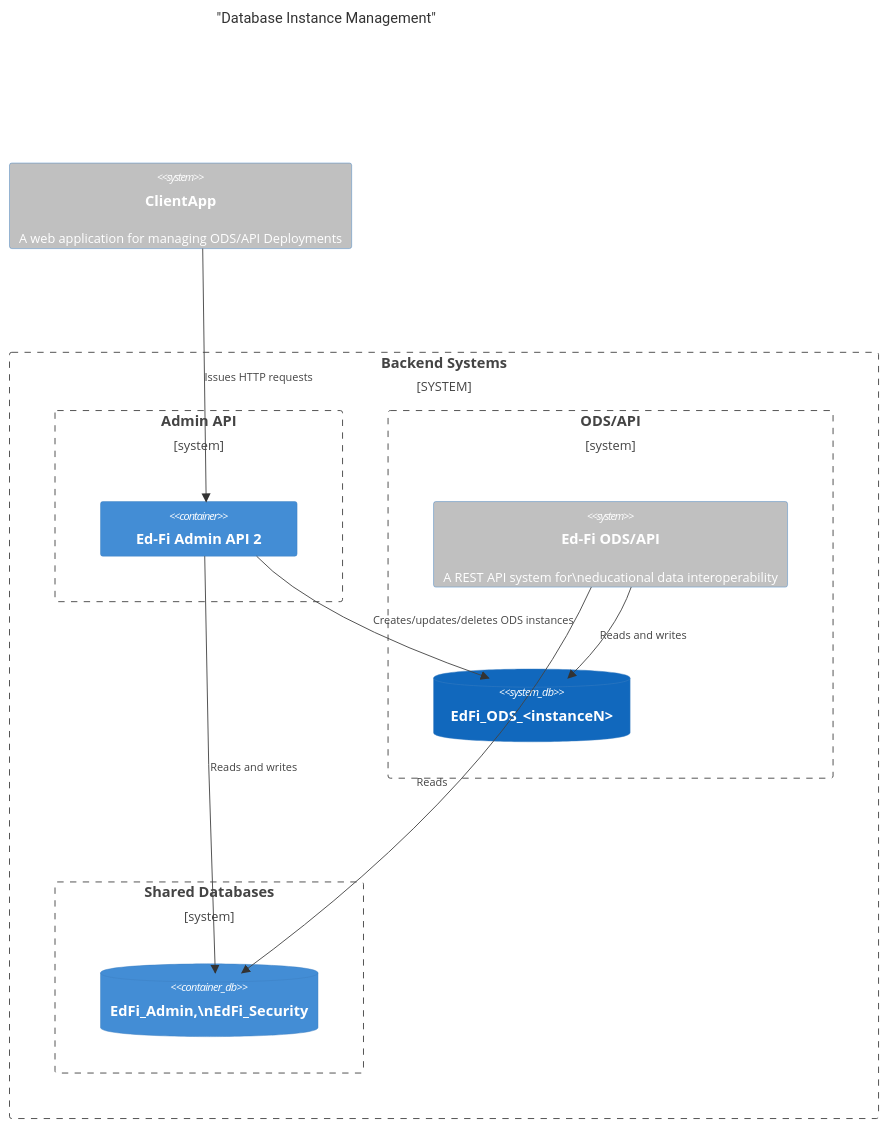
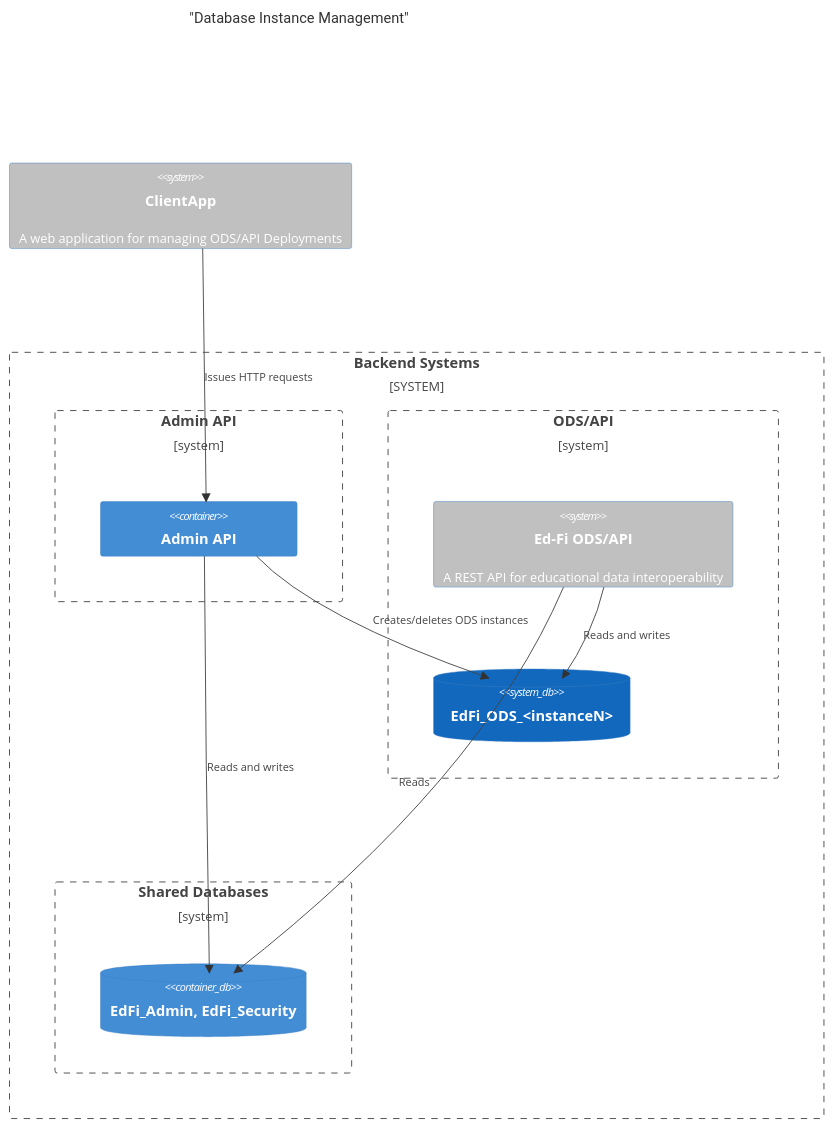
One commit to Ed-Fi-Alliance-OSS/ODS-Admin-API changed the first of 3 diagrams in docs/design/INSTANCE-MANAGEMENT.md. Above: the diagram before and after it, drawn with Mermaid. The commit also changed other lines of this file and 1 other file, not shown here.

````diff
--- a/docs/design/INSTANCE-MANAGEMENT.md
+++ b/docs/design/INSTANCE-MANAGEMENT.md
@@ -15,31 +15,31 @@
 ```mermaid
 C4Container
     title "Database Instance Management"
 
     System(ClientApp, "ClientApp", "A web application for managing ODS/API Deployments")
     UpdateElementStyle(ClientApp, $bgColor="silver")
 
     System_Boundary(backend, "Backend Systems") {
         Boundary(b0, "Admin API") {
-            Container(AdminAPI, "Ed-Fi Admin API 2")
+            Container(AdminAPI, "Admin API")
         }
 
         Boundary(b1, "ODS/API") {
-            System(OdsApi, "Ed-Fi ODS/API", "A REST API system for\neducational data interoperability")
+            System(OdsApi, "Ed-Fi ODS/API", "A REST API for educational data interoperability")
             UpdateElementStyle(OdsApi, $bgColor="silver")
 
             SystemDb(ods3, "EdFi_ODS_<instanceN>")
         }
 
         Boundary(b2, "Shared Databases") {
-            ContainerDb(Admin, "EdFi_Admin,\nEdFi_Security")
+            ContainerDb(Admin, "EdFi_Admin, EdFi_Security")
         }
     }
    
     Rel(ClientApp, AdminAPI, "Issues HTTP requests")
-    Rel(AdminAPI, ods3, "Creates/updates/deletes ODS instances")
+    Rel(AdminAPI, ods3, "Creates/deletes ODS instances")
     Rel(OdsApi, ods3, "Reads and writes")
     Rel(AdminAPI, Admin, "Reads and writes")
     Rel(OdsApi, Admin, "Reads")
     UpdateLayoutConfig($c4ShapeInRow="2", $c4BoundaryInRow="2")
 ```
````
